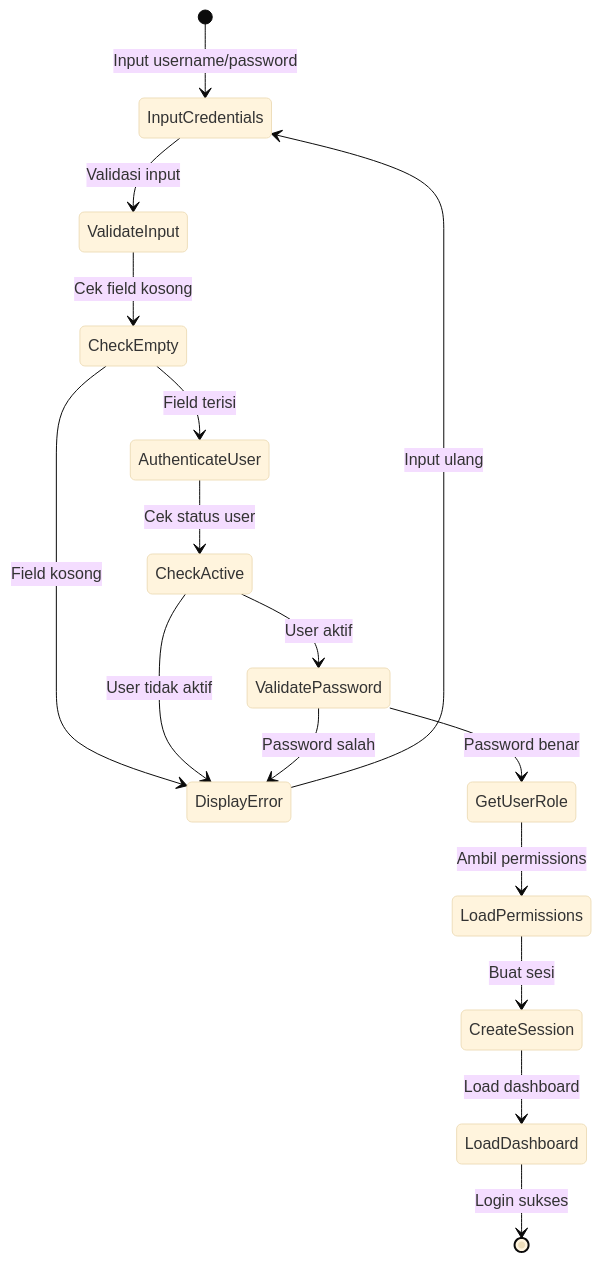
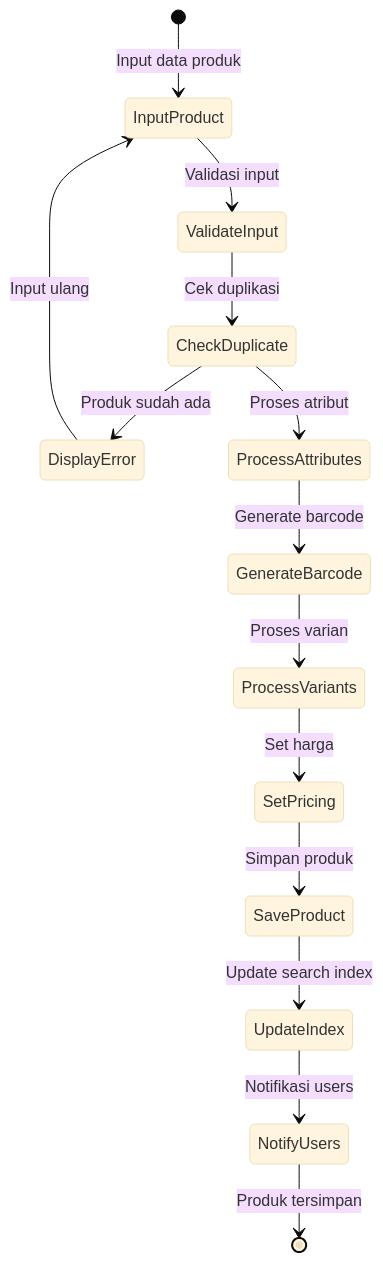
The first of 15 diagrams in documents/activity-diagrams.md (mrfansi/DearPOS), drawn with Mermaid (base theme) before and after one commit. The commit also changed other lines of this file and 3 other files, not shown here.

````diff
--- a/documents/activity-diagrams.md
+++ b/documents/activity-diagrams.md
@@ -8,18 +8,16 @@
 ```mermaid
 stateDiagram-v2
-    [*] --> InputCredentials: Input username/password
-    InputCredentials --> ValidateInput: Validasi input
-    ValidateInput --> CheckEmpty: Cek field kosong
-    CheckEmpty --> DisplayError: Field kosong
-    DisplayError --> InputCredentials: Input ulang
-    CheckEmpty --> AuthenticateUser: Field terisi
-    AuthenticateUser --> CheckActive: Cek status user
-    CheckActive --> DisplayError: User tidak aktif
-    CheckActive --> ValidatePassword: User aktif
-    ValidatePassword --> DisplayError: Password salah
-    ValidatePassword --> GetUserRole: Password benar
-    GetUserRole --> LoadPermissions: Ambil permissions
-    LoadPermissions --> CreateSession: Buat sesi
-    CreateSession --> LoadDashboard: Load dashboard
-    LoadDashboard --> [*]: Login sukses
+    [*] --> InputProduct: Input data produk
+    InputProduct --> ValidateInput: Validasi input
+    ValidateInput --> CheckDuplicate: Cek duplikasi
+    CheckDuplicate --> DisplayError: Produk sudah ada
+    DisplayError --> InputProduct: Input ulang
+    CheckDuplicate --> ProcessAttributes: Proses atribut
+    ProcessAttributes --> GenerateBarcode: Generate barcode
+    GenerateBarcode --> ProcessVariants: Proses varian
+    ProcessVariants --> SetPricing: Set harga
+    SetPricing --> SaveProduct: Simpan produk
+    SaveProduct --> UpdateIndex: Update search index
+    UpdateIndex --> NotifyUsers: Notifikasi users
+    NotifyUsers --> [*]: Produk tersimpan
 ```
````
